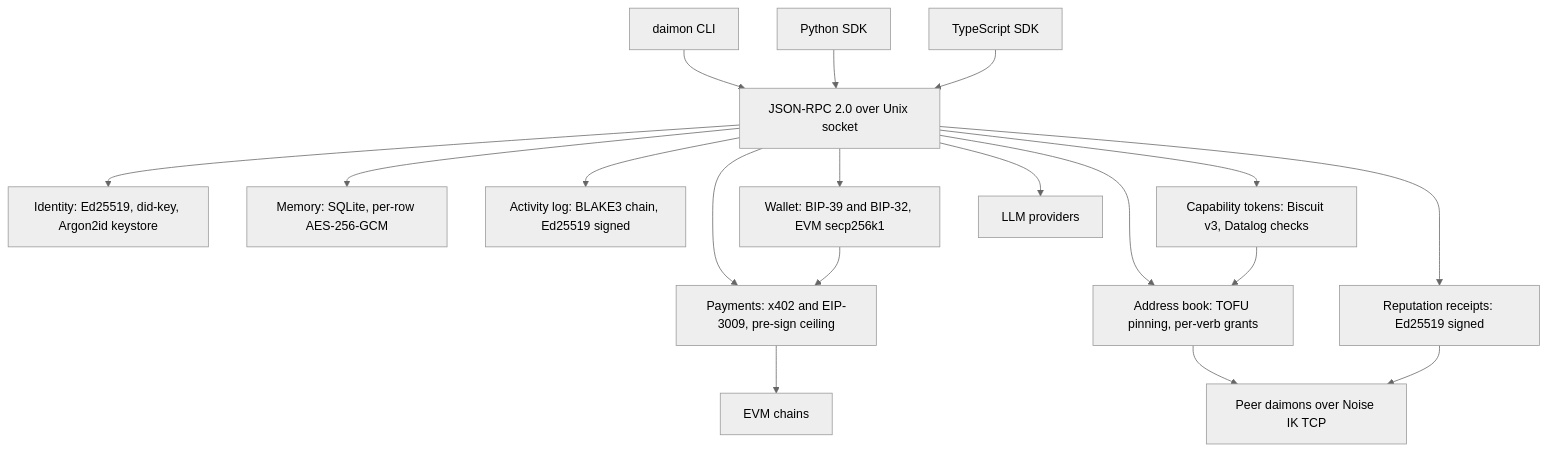
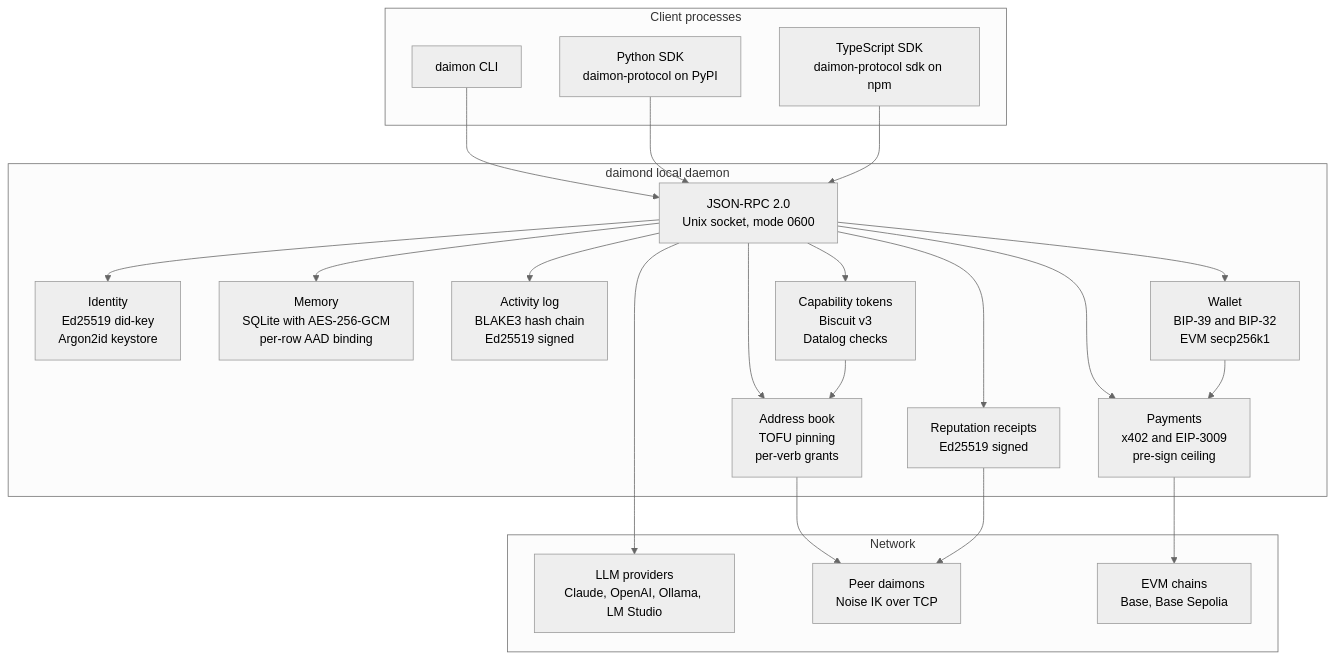
One commit to regitxx/Daimon changed the diagram in README.md. Above: the diagram before and after it, drawn with Mermaid (neutral theme).

Commit message:
docs(readme): restore structured architecture diagram
With the minimal diagram confirmed to render, add back the two
features that give the picture its value:

  - Subgraphs for the three layers (clients, daemon, network), using
    the 'subgraph ID [Label]' form with a space before the bracket
    (the previous 'subgraph ID["Label"]' form was what GitHub's
    Mermaid rejected).
  - Multi-line labels via <br/> for each daemon component, so the
    primitive each box represents reads at a glance.

Label text continues to avoid the characters that bit the first
attempt (@, / inside words, :, +, middle-dot, em-dash); those stay
out even though they are nominally legal inside quoted strings.

````diff
--- a/README.md
+++ b/README.md
@@ -16,38 +16,44 @@
 ```mermaid
 flowchart TB
-    CLI[daimon CLI]
-    SDKPY[Python SDK]
-    SDKTS[TypeScript SDK]
+    subgraph Clients [Client processes]
+        CLI[daimon CLI]
+        SDKPY["Python SDK<br/>daimon-protocol on PyPI"]
+        SDKTS["TypeScript SDK<br/>daimon-protocol sdk on npm"]
+    end
 
-    RPC[JSON-RPC 2.0 over Unix socket]
-    ID[Identity: Ed25519, did-key, Argon2id keystore]
-    MEM[Memory: SQLite, per-row AES-256-GCM]
-    LOG[Activity log: BLAKE3 chain, Ed25519 signed]
-    WAL[Wallet: BIP-39 and BIP-32, EVM secp256k1]
-    PAY[Payments: x402 and EIP-3009, pre-sign ceiling]
-    AB[Address book: TOFU pinning, per-verb grants]
-    CAP[Capability tokens: Biscuit v3, Datalog checks]
-    REP[Reputation receipts: Ed25519 signed]
+    subgraph Daemon [daimond local daemon]
+        RPC["JSON-RPC 2.0<br/>Unix socket, mode 0600"]
+        ID["Identity<br/>Ed25519 did-key<br/>Argon2id keystore"]
+        MEM["Memory<br/>SQLite with AES-256-GCM<br/>per-row AAD binding"]
+        LOG["Activity log<br/>BLAKE3 hash chain<br/>Ed25519 signed"]
+        WAL["Wallet<br/>BIP-39 and BIP-32<br/>EVM secp256k1"]
+        PAY["Payments<br/>x402 and EIP-3009<br/>pre-sign ceiling"]
+        AB["Address book<br/>TOFU pinning<br/>per-verb grants"]
+        CAP["Capability tokens<br/>Biscuit v3<br/>Datalog checks"]
+        REP["Reputation receipts<br/>Ed25519 signed"]
+    end
 
-    PROV[LLM providers]
-    PEER[Peer daimons over Noise IK TCP]
-    CHAIN[EVM chains]
+    subgraph Network [Network]
+        PROV["LLM providers<br/>Claude, OpenAI, Ollama, LM Studio"]
+        PEER["Peer daimons<br/>Noise IK over TCP"]
+        CHAIN["EVM chains<br/>Base, Base Sepolia"]
+    end
 
     CLI --> RPC
     SDKPY --> RPC
     SDKTS --> RPC
     RPC --> ID
     RPC --> MEM
     RPC --> LOG
     RPC --> WAL
     RPC --> PAY
     RPC --> AB
     RPC --> CAP
     RPC --> REP
     WAL --> PAY
     PAY --> CHAIN
     RPC --> PROV
     AB --> PEER
     CAP --> AB
     REP --> PEER
 ```
````
